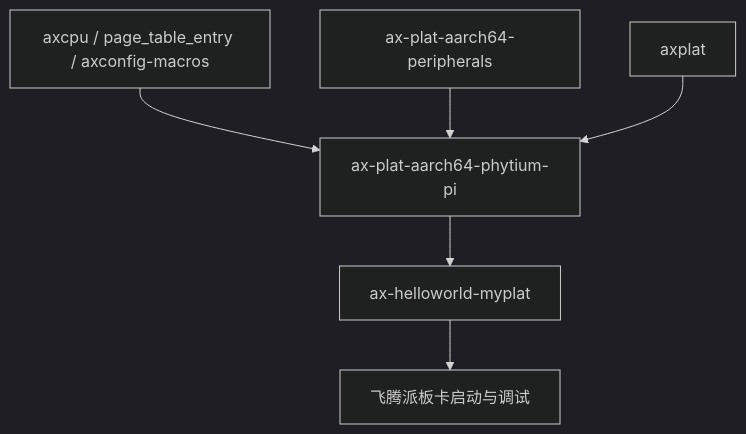
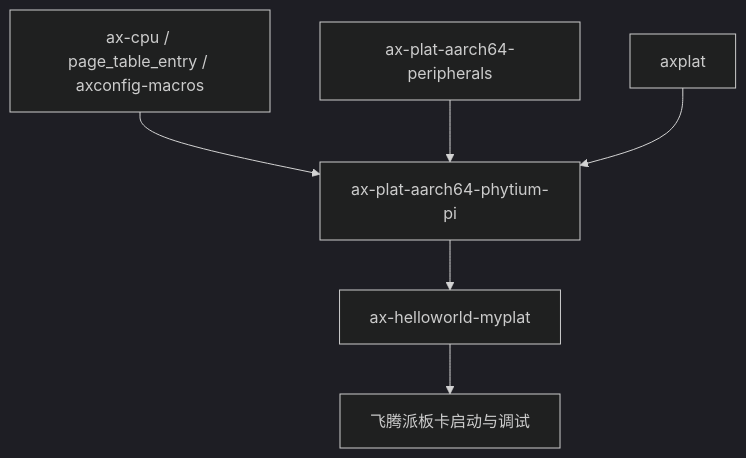
One commit to zKurisu/tgoskits changed the second of 2 diagrams in docs/crates/ax-plat-aarch64-phytium-pi.md. Above: the diagram before and after it, drawn with Mermaid (dark theme). The commit also changed other lines of this file and 106 other files, not shown here.

Commit message:
rename axcpu to ax-cpu

````diff
--- a/docs/crates/ax-plat-aarch64-phytium-pi.md
+++ b/docs/crates/ax-plat-aarch64-phytium-pi.md
@@ -154,8 +154,8 @@
 ```mermaid
 graph TD
-    A[axcpu / page_table_entry / axconfig-macros] --> B[ax-plat-aarch64-phytium-pi]
+    A[ax-cpu / page_table_entry / axconfig-macros] --> B[ax-plat-aarch64-phytium-pi]
     C[ax-plat-aarch64-peripherals] --> B
     D[axplat] --> B
     B --> E[ax-helloworld-myplat]
     E --> F[飞腾派板卡启动与调试]
 ```
````
